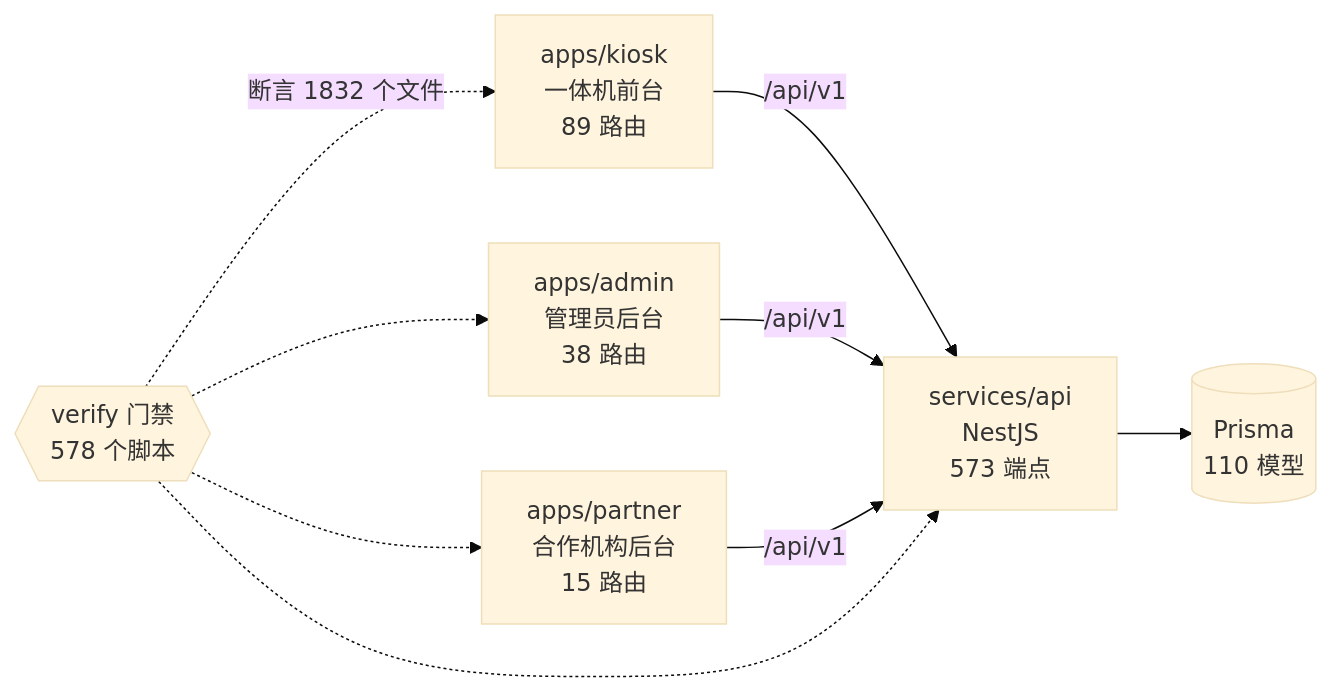
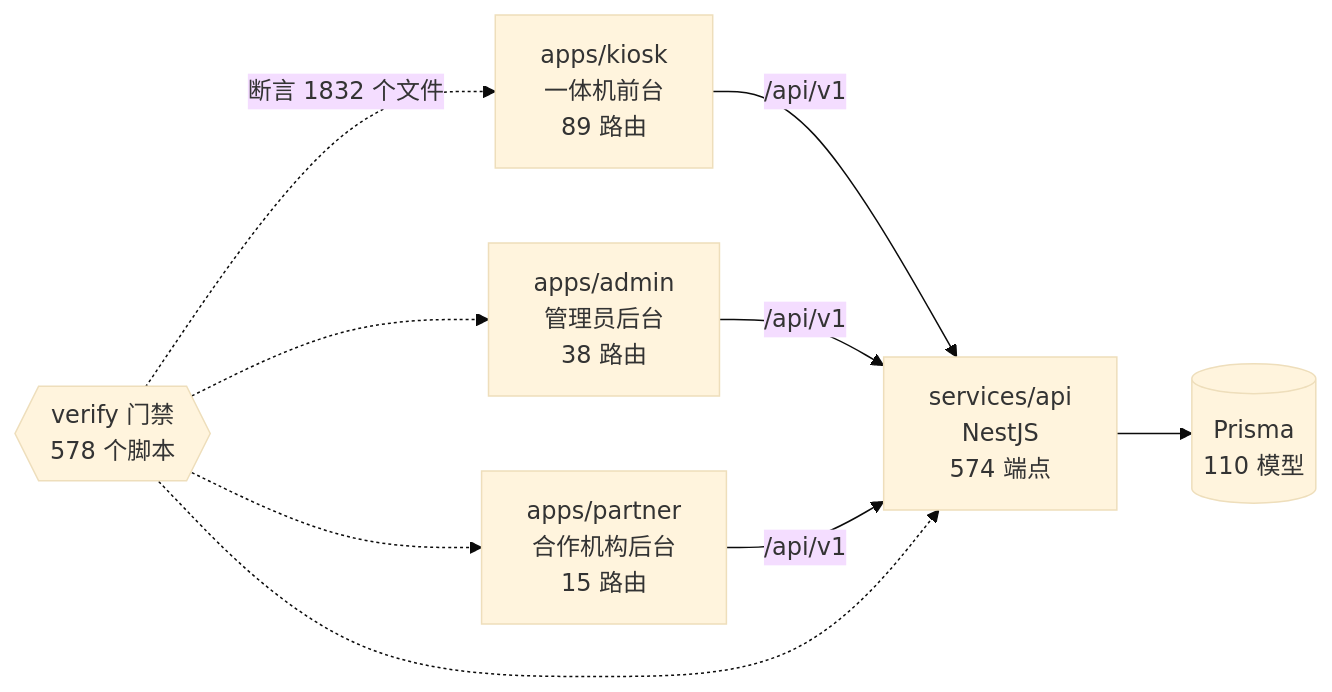
Before and after one commit to wanglei581/YITIJI: the diagram in docs/graph/README.md, drawn with Mermaid (base theme). The commit also changed other lines of this file and 10 other files, not shown here.

````diff
--- a/docs/graph/README.md
+++ b/docs/graph/README.md
@@ -68,18 +68,18 @@
 ```mermaid
 flowchart LR
   kiosk["apps/kiosk<br/>一体机前台<br/>89 路由"]
   admin["apps/admin<br/>管理员后台<br/>38 路由"]
   partner["apps/partner<br/>合作机构后台<br/>15 路由"]
-  api["services/api<br/>NestJS<br/>573 端点"]
+  api["services/api<br/>NestJS<br/>574 端点"]
   db[("Prisma<br/>110 模型")]
   gates{{"verify 门禁<br/>578 个脚本"}}
 
   kiosk -->|"/api/v1"| api
   admin -->|"/api/v1"| api
   partner -->|"/api/v1"| api
   api --> db
   gates -.->|"断言 1832 个文件"| kiosk
   gates -.-> admin
   gates -.-> partner
   gates -.-> api
 ```
````
